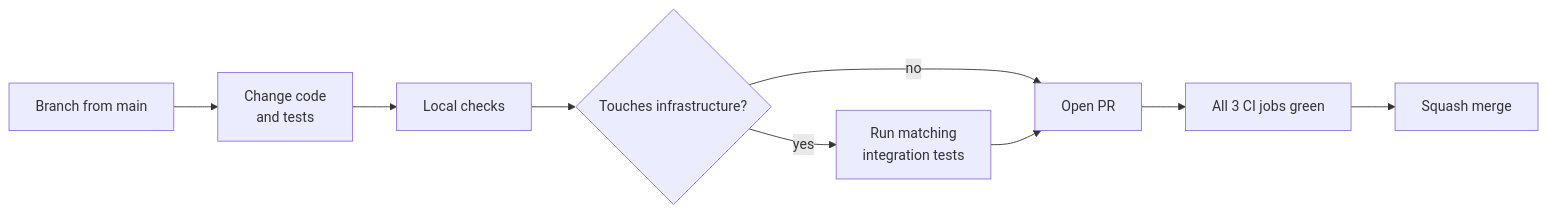
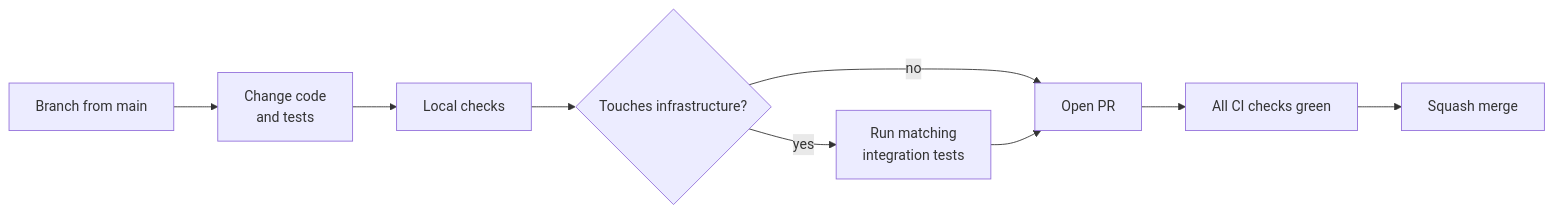
The first of 3 diagrams in CONTRIBUTING.md (oster-dev/featureforge), drawn with Mermaid before and after one commit. The commit also changed other lines of this file and 4 other files, not shown here.

Commit message:
docs: update README, ARCHITECTURE, CONTRIBUTING, blueprint and demo with the spec engine

````diff
--- a/CONTRIBUTING.md
+++ b/CONTRIBUTING.md
@@ -38,11 +38,11 @@
 ```mermaid
 flowchart LR
     A[Branch from main] --> B[Change code<br/>and tests]
     B --> C[Local checks]
     C --> D{Touches infrastructure?}
     D -->|no| E[Open PR]
     D -->|yes| F[Run matching<br/>integration tests]
     F --> E
-    E --> G[All 3 CI jobs green]
+    E --> G[All CI checks green]
     G --> H[Squash merge]
 ```
````
